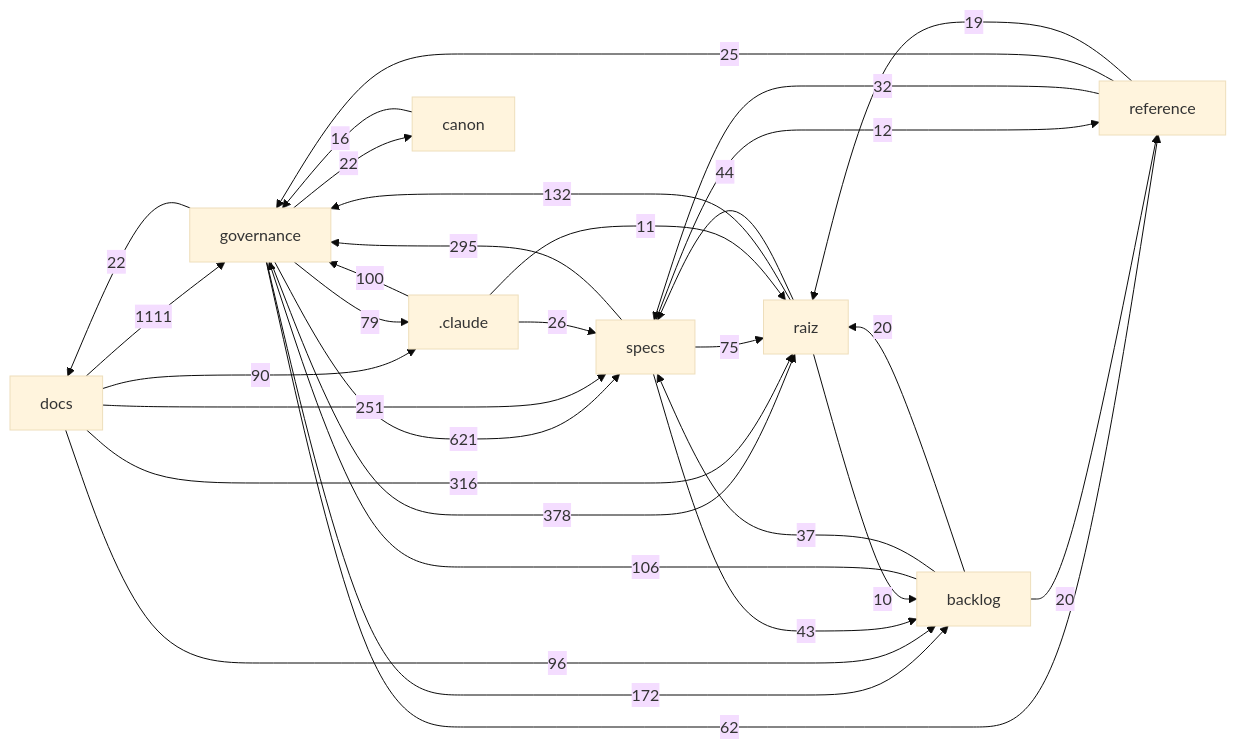
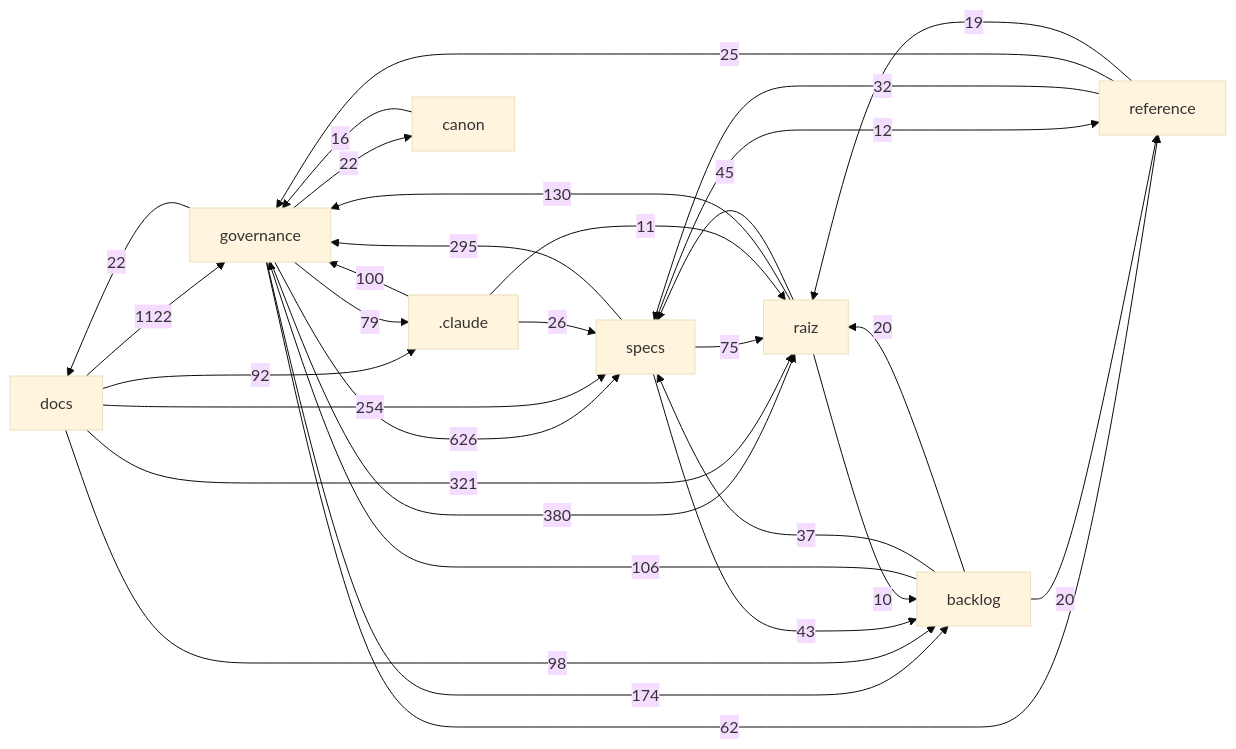
The diagram in docs/mapa/MAPA-PROJETO.md (Andraus35/Sistema-Operacional-de-Trading--SOT), drawn with Mermaid (base theme) before and after one commit. The commit also changed other lines of this file and 8 other files, not shown here.

First line of the commit message:
SPEC-007: abertura HOMOLOGADA (DHR-SPEC007-001); ROADMAP, CATALOGO, CONFLICT-MAP; HANDOFF HO-65

````diff
--- a/docs/mapa/MAPA-PROJETO.md
+++ b/docs/mapa/MAPA-PROJETO.md
@@ -29,33 +29,33 @@
 ```mermaid
 flowchart LR
-  docs["docs"] -->|1111| governance["governance"]
-  governance["governance"] -->|621| specs["specs"]
-  governance["governance"] -->|378| raiz["raiz"]
-  docs["docs"] -->|316| raiz["raiz"]
+  docs["docs"] -->|1122| governance["governance"]
+  governance["governance"] -->|626| specs["specs"]
+  governance["governance"] -->|380| raiz["raiz"]
+  docs["docs"] -->|321| raiz["raiz"]
   specs["specs"] -->|295| governance["governance"]
-  docs["docs"] -->|251| specs["specs"]
-  governance["governance"] -->|172| backlog["backlog"]
-  raiz["raiz"] -->|132| governance["governance"]
+  docs["docs"] -->|254| specs["specs"]
+  governance["governance"] -->|174| backlog["backlog"]
+  raiz["raiz"] -->|130| governance["governance"]
   backlog["backlog"] -->|106| governance["governance"]
   _claude[".claude"] -->|100| governance["governance"]
-  docs["docs"] -->|96| backlog["backlog"]
-  docs["docs"] -->|90| _claude[".claude"]
+  docs["docs"] -->|98| backlog["backlog"]
+  docs["docs"] -->|92| _claude[".claude"]
   governance["governance"] -->|79| _claude[".claude"]
   specs["specs"] -->|75| raiz["raiz"]
   governance["governance"] -->|62| reference["reference"]
-  raiz["raiz"] -->|44| specs["specs"]
+  raiz["raiz"] -->|45| specs["specs"]
   specs["specs"] -->|43| backlog["backlog"]
   backlog["backlog"] -->|37| specs["specs"]
   reference["reference"] -->|32| specs["specs"]
   _claude[".claude"] -->|26| specs["specs"]
   reference["reference"] -->|25| governance["governance"]
   governance["governance"] -->|22| docs["docs"]
   governance["governance"] -->|22| canon["canon"]
   backlog["backlog"] -->|20| raiz["raiz"]
   backlog["backlog"] -->|20| reference["reference"]
   reference["reference"] -->|19| raiz["raiz"]
   canon["canon"] -->|16| governance["governance"]
   specs["specs"] -->|12| reference["reference"]
   _claude[".claude"] -->|11| raiz["raiz"]
   raiz["raiz"] -->|10| backlog["backlog"]
 ```
````
